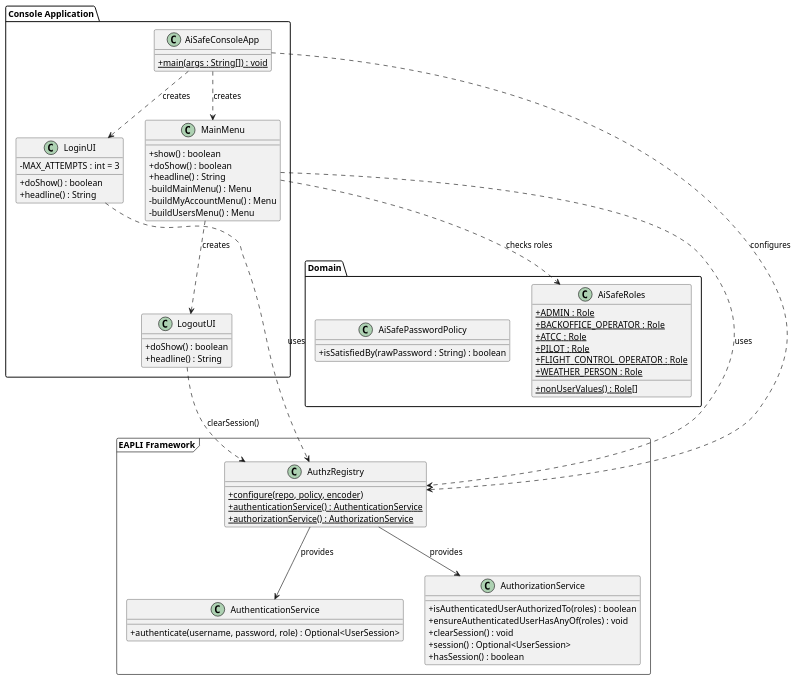
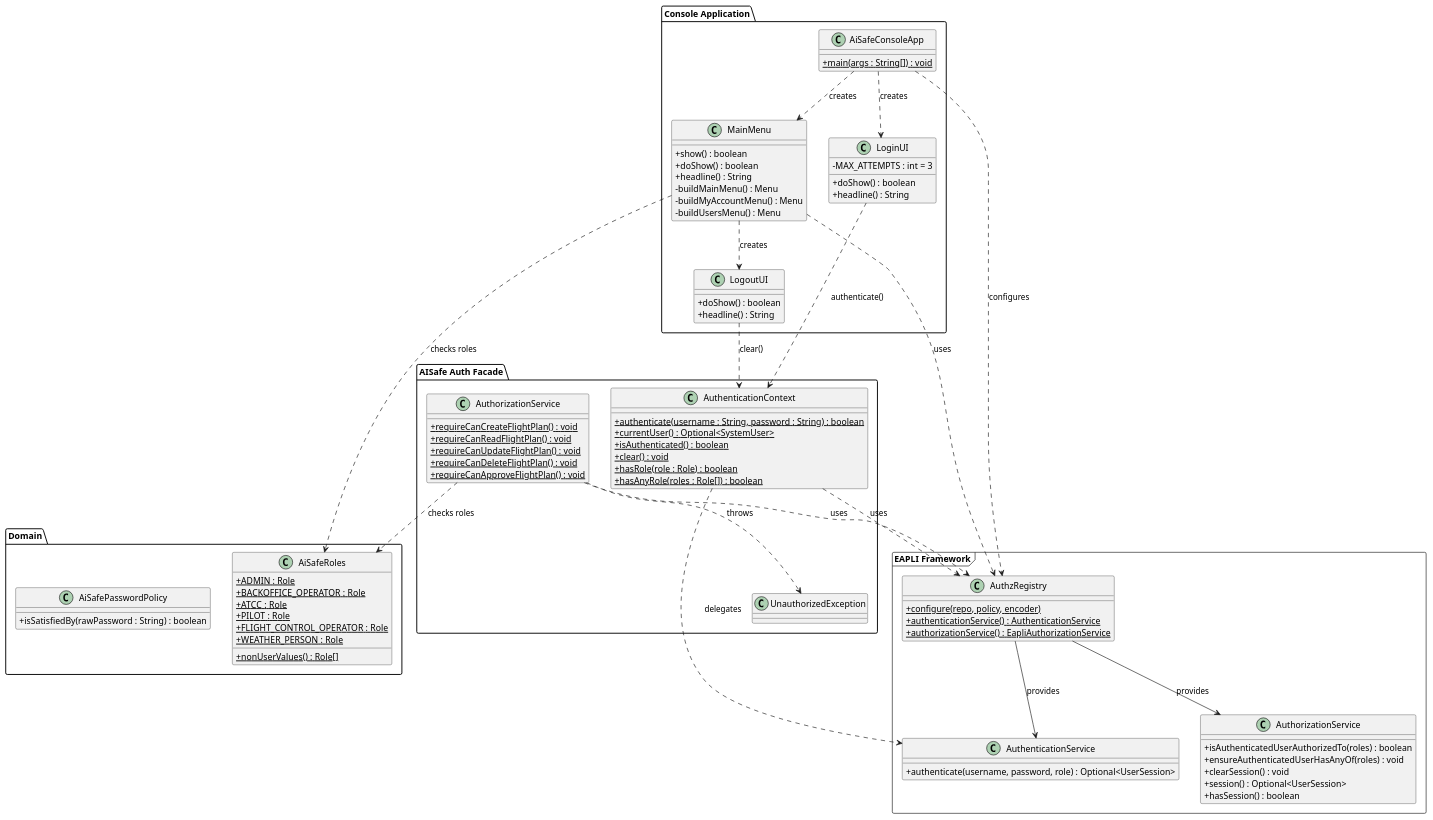
The diagram in aisafe.base/docs/user-stories/us030/puml/US030-class-diagram.puml (brunodspinto/aisafe), drawn with PlantUML before and after one commit. The commit also changed 4 other files, not shown here.

```diff
--- a/aisafe.base/docs/user-stories/us030/puml/US030-class-diagram.puml
+++ b/aisafe.base/docs/user-stories/us030/puml/US030-class-diagram.puml
@@ -1,80 +1,108 @@
 @startuml class-diagram-30
 skinparam shadowing false
 skinparam classAttributeIconSize 0
 
 package "Console Application" {
     class AiSafeConsoleApp {
         +{static} main(args : String[]) : void
     }
 
     class LoginUI {
         -MAX_ATTEMPTS : int = 3
         +doShow() : boolean
         +headline() : String
     }
 
     class MainMenu {
         +show() : boolean
         +doShow() : boolean
         +headline() : String
         -buildMainMenu() : Menu
         -buildMyAccountMenu() : Menu
         -buildUsersMenu() : Menu
     }
 
     class LogoutUI {
         +doShow() : boolean
         +headline() : String
     }
 }
 
+package "AISafe Auth Facade" {
+    class AuthenticationContext {
+        +{static} authenticate(username : String, password : String) : boolean
+        +{static} currentUser() : Optional<SystemUser>
+        +{static} isAuthenticated() : boolean
+        +{static} clear() : void
+        +{static} hasRole(role : Role) : boolean
+        +{static} hasAnyRole(roles : Role[]) : boolean
+    }
+
+    class "AuthorizationService" as AuthFacadeAuthorizationService {
+        +{static} requireCanCreateFlightPlan() : void
+        +{static} requireCanReadFlightPlan() : void
+        +{static} requireCanUpdateFlightPlan() : void
+        +{static} requireCanDeleteFlightPlan() : void
+        +{static} requireCanApproveFlightPlan() : void
+    }
+
+    class UnauthorizedException
+}
+
 package "Domain" {
     class AiSafeRoles {
         +{static} ADMIN : Role
         +{static} BACKOFFICE_OPERATOR : Role
         +{static} ATCC : Role
         +{static} PILOT : Role
         +{static} FLIGHT_CONTROL_OPERATOR : Role
         +{static} WEATHER_PERSON : Role
         +{static} nonUserValues() : Role[]
     }
 
     class AiSafePasswordPolicy {
         +isSatisfiedBy(rawPassword : String) : boolean
     }
 }
 
 package "EAPLI Framework" <<frame>> {
     class AuthzRegistry {
         +{static} configure(repo, policy, encoder)
         +{static} authenticationService() : AuthenticationService
-        +{static} authorizationService() : AuthorizationService
+        +{static} authorizationService() : EapliAuthorizationService
     }
 
     class AuthenticationService {
         +authenticate(username, password, role) : Optional<UserSession>
     }
 
-    class AuthorizationService {
+    class "AuthorizationService" as EapliAuthorizationService {
         +isAuthenticatedUserAuthorizedTo(roles) : boolean
         +ensureAuthenticatedUserHasAnyOf(roles) : void
         +clearSession() : void
         +session() : Optional<UserSession>
         +hasSession() : boolean
     }
 }
 
 AiSafeConsoleApp ..> LoginUI : creates
 AiSafeConsoleApp ..> MainMenu : creates
 AiSafeConsoleApp ..> AuthzRegistry : configures
 
-LoginUI ..> AuthzRegistry : uses
+LoginUI ..> AuthenticationContext : authenticate()
 MainMenu ..> AuthzRegistry : uses
 MainMenu ..> AiSafeRoles : checks roles
 MainMenu ..> LogoutUI : creates
-LogoutUI ..> AuthzRegistry : clearSession()
+LogoutUI ..> AuthenticationContext : clear()
+
+AuthenticationContext ..> AuthzRegistry : uses
+AuthenticationContext ..> AuthenticationService : delegates
+
+AuthFacadeAuthorizationService ..> AuthzRegistry : uses
+AuthFacadeAuthorizationService ..> AiSafeRoles : checks roles
+AuthFacadeAuthorizationService ..> UnauthorizedException : throws
 
 AuthzRegistry --> AuthenticationService : provides
-AuthzRegistry --> AuthorizationService : provides
+AuthzRegistry --> EapliAuthorizationService : provides
 
 @enduml
```
